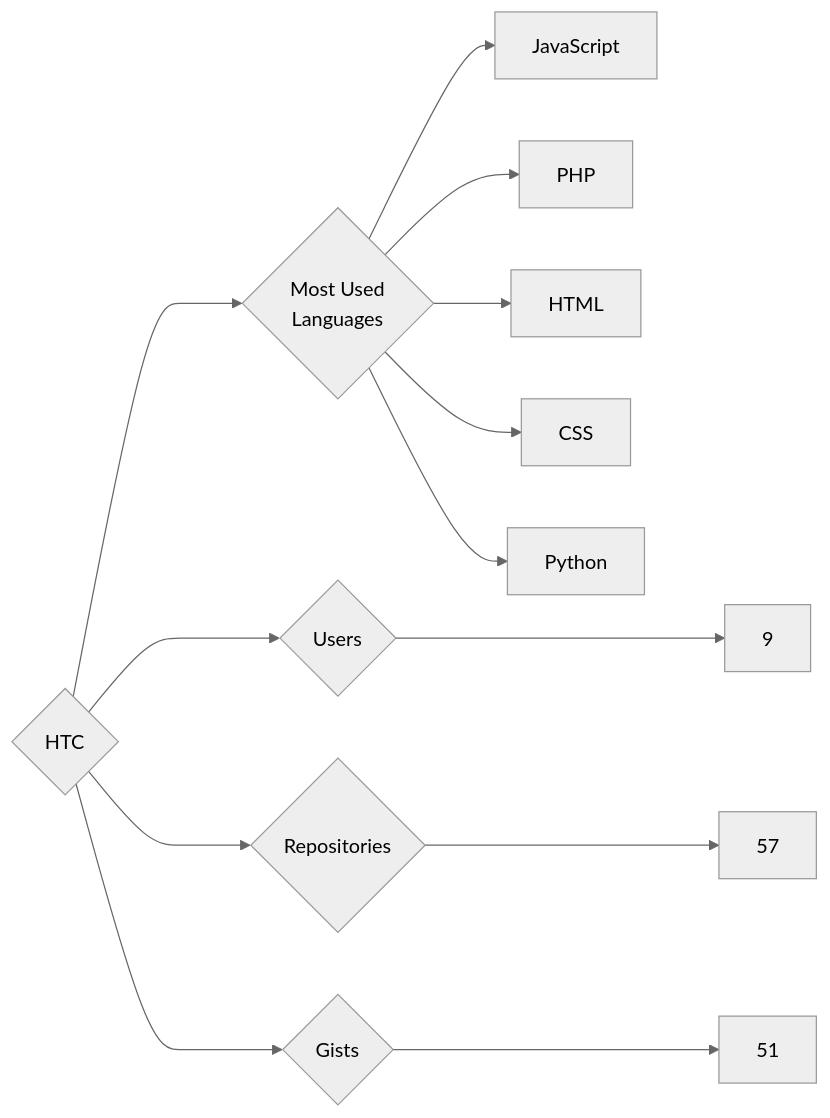
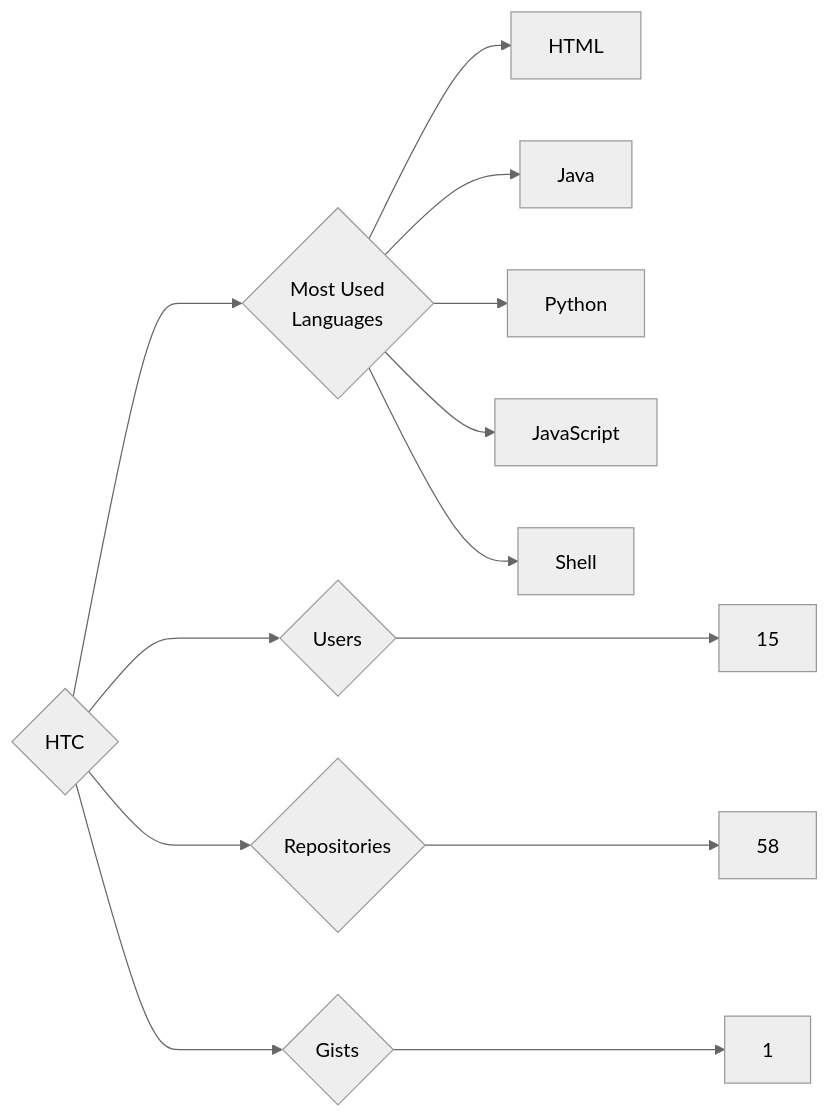
Before and after one commit to trickest/insiders: the diagram in targets/HTC/README.md, drawn with Mermaid (neutral theme). The commit also changed 622 other files, not shown here.

````diff
--- a/targets/HTC/README.md
+++ b/targets/HTC/README.md
@@ -3,13 +3,13 @@
 ```mermaid
 graph LR
 COMPANY_NAME{HTC}
-COMPANY_NAME ---> U{Users} ---> UN[9]
-COMPANY_NAME ---> R{Repositories} ---> RN[57]
-COMPANY_NAME ---> G{Gists} ---> GN[51]
+COMPANY_NAME ---> U{Users} ---> UN[15]
+COMPANY_NAME ---> R{Repositories} ---> RN[58]
+COMPANY_NAME ---> G{Gists} ---> GN[1]
 COMPANY_NAME ---> ML{Most Used<br>Languages}
+ML --> HTML[HTML]
+ML --> Java[Java]
+ML --> Python[Python]
 ML --> JavaScript[JavaScript]
-ML --> PHP[PHP]
-ML --> HTML[HTML]
-ML --> CSS[CSS]
-ML --> Python[Python]
+ML --> Shell[Shell]
 ```
````
